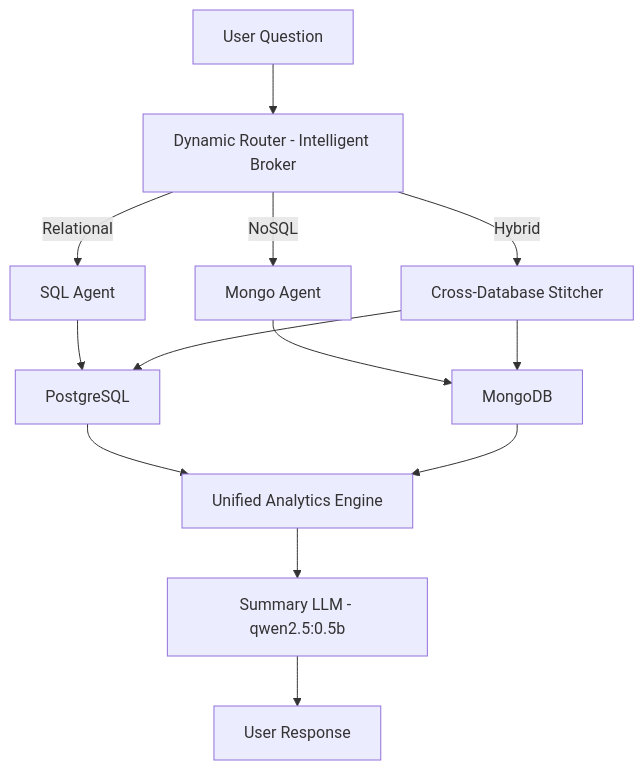
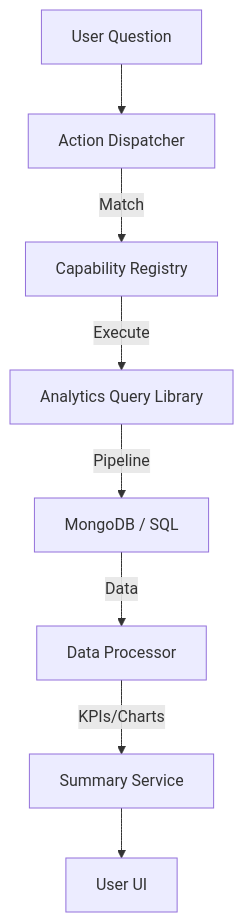
The diagram in Architecture.md (ankushsutar/ai-exec), drawn with Mermaid before and after one commit. The commit also changed other lines of this file and 2 other files, not shown here.

Commit message:
Updated readme and architecture.md files

````diff
--- a/Architecture.md
+++ b/Architecture.md
@@ -22,17 +25,10 @@
 ```mermaid
 graph TD
-    A[User Question] --> B[Dynamic Router - Intelligent Broker]
-    B -- "Relational" --> C[SQL Agent]
-    B -- "NoSQL" --> D[Mongo Agent]
-    B -- "Hybrid" --> E[Cross-Database Stitcher]
-
-    C --> F[PostgreSQL]
-    D --> G[MongoDB]
-    E --> F
-    E --> G
-
-    F --> H[Unified Analytics Engine]
-    G --> H
-    H --> I[Summary LLM - qwen2.5:0.5b]
-    I --> J[User Response]
+    A[User Question] --> B[Action Dispatcher]
+    B -- "Match" --> C[Capability Registry]
+    C -- "Execute" --> D[Analytics Query Library]
+    D -- "Pipeline" --> E[MongoDB / SQL]
+    E -- "Data" --> F[Data Processor]
+    F -- "KPIs/Charts" --> G[Summary Service]
+    G --> H[User UI]
 ```
````
